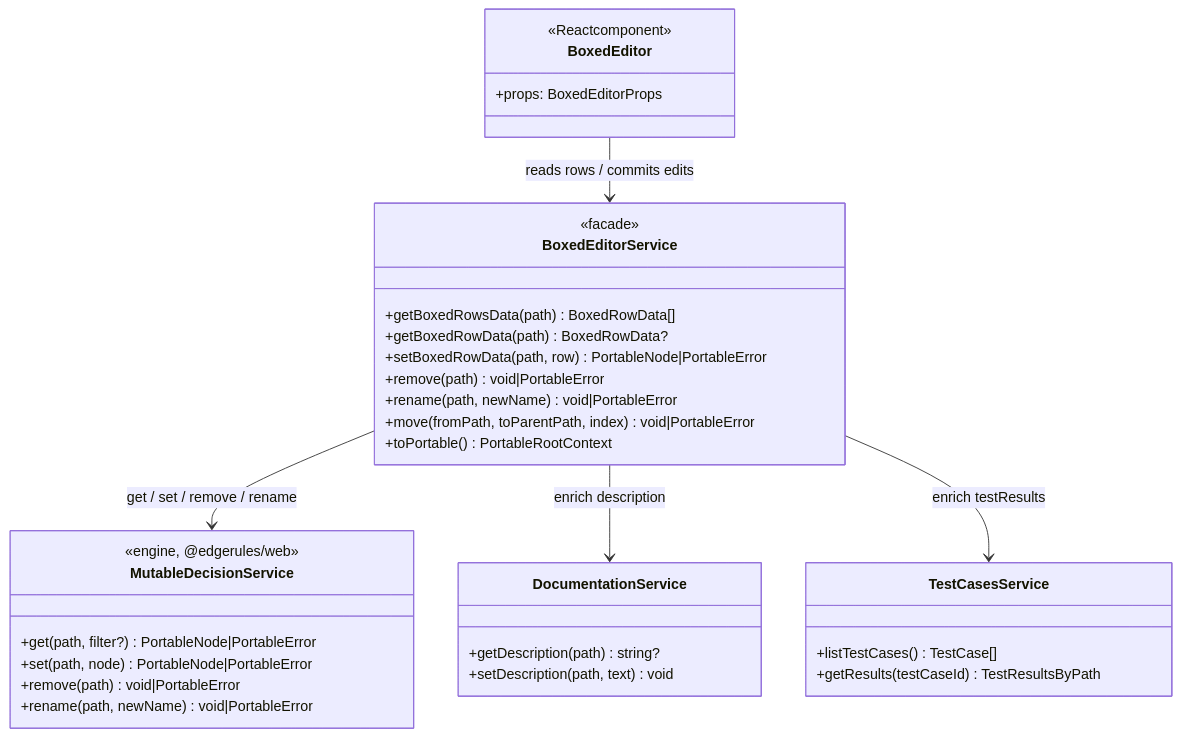
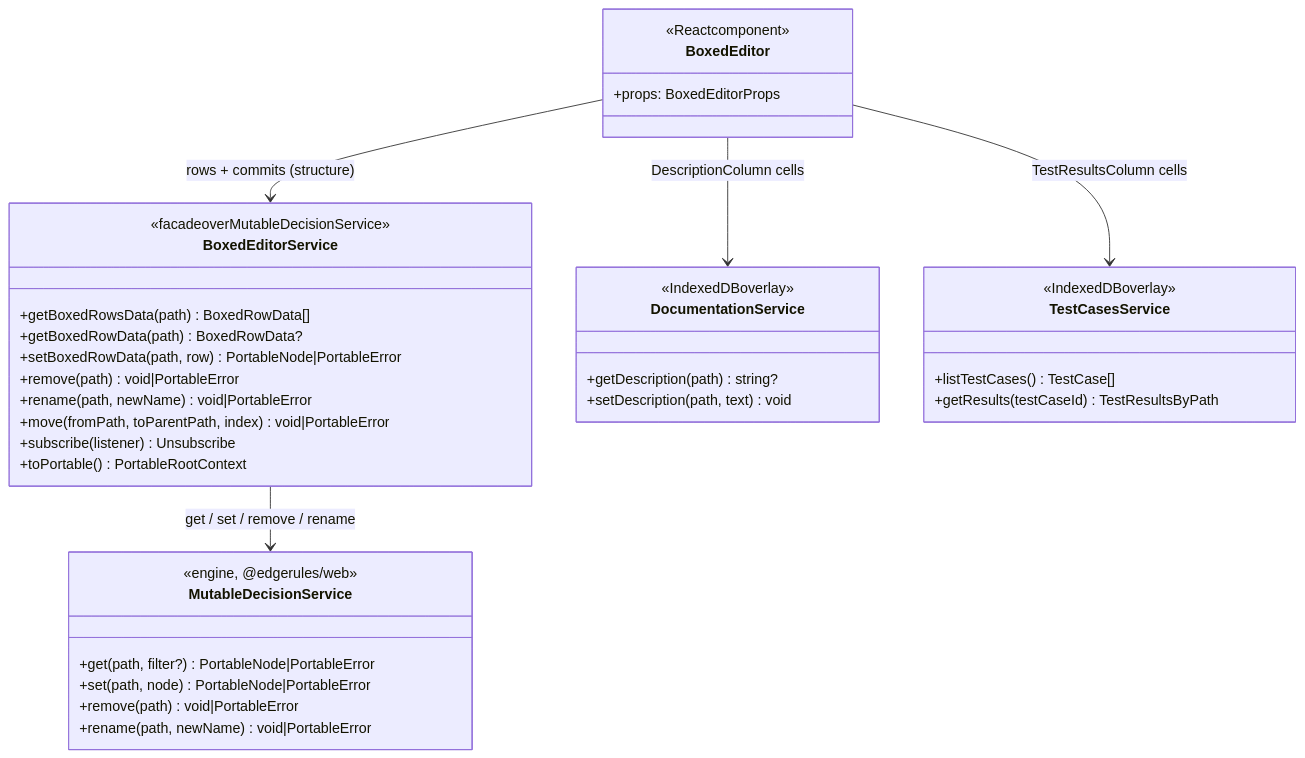
The first of 3 diagrams in docs/BOXED_EDITOR_NEW_SPEC.md (rimvydasb/edgerules-react), drawn with Mermaid before and after one commit. The commit also changed other lines of this file, not shown here.

````diff
--- a/docs/BOXED_EDITOR_NEW_SPEC.md
+++ b/docs/BOXED_EDITOR_NEW_SPEC.md
@@ -223,37 +242,40 @@
 ```mermaid
 classDiagram
     class BoxedEditor {
         <<Reactcomponent>>
         +props: BoxedEditorProps
     }
     class BoxedEditorService {
-        <<facade>>
+        <<facadeoverMutableDecisionService>>
         +getBoxedRowsData(path) BoxedRowData[]
         +getBoxedRowData(path) BoxedRowData?
         +setBoxedRowData(path, row) PortableNode|PortableError
         +remove(path) void|PortableError
         +rename(path, newName) void|PortableError
         +move(fromPath, toParentPath, index) void|PortableError
+        +subscribe(listener) Unsubscribe
         +toPortable() PortableRootContext
     }
     class MutableDecisionService {
 <<engine, @edgerules/web>>
 +get(path, filter?) PortableNode|PortableError
 +set(path, node) PortableNode|PortableError
 +remove(path) void|PortableError
 +rename(path, newName) void|PortableError
 }
 class DocumentationService {
+<<IndexedDBoverlay>>
 +getDescription(path) string?
 +setDescription(path, text) void
-}
+ }
 class TestCasesService {
+<<IndexedDBoverlay>>
 +listTestCases() TestCase[]
 +getResults(testCaseId) TestResultsByPath
 }
 
-BoxedEditor --> BoxedEditorService: reads rows / commits edits
+BoxedEditor --> BoxedEditorService: rows + commits (structure)
+BoxedEditor --> DocumentationService: DescriptionColumn cells
+BoxedEditor --> TestCasesService: TestResultsColumn cells
 BoxedEditorService --> MutableDecisionService: get / set / remove / rename
-BoxedEditorService --> DocumentationService : enrich description
-BoxedEditorService --> TestCasesService: enrich testResults
 ```
````
